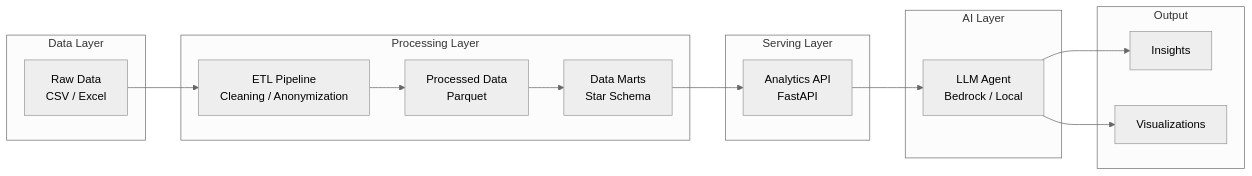
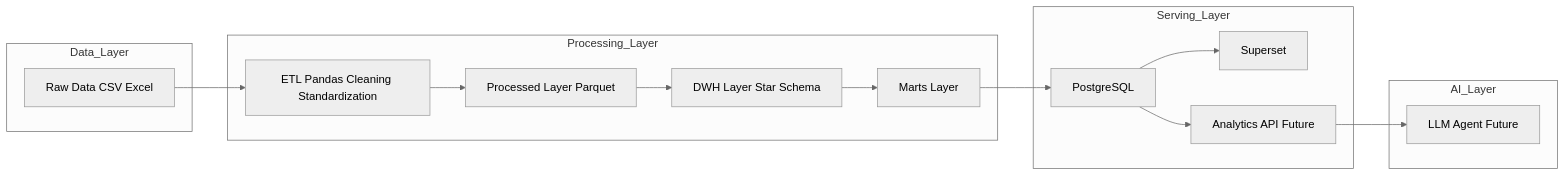
The first of 2 diagrams in README.md (vkniazeva/ai-analytics-agent), drawn with Mermaid (neutral theme) before and after one commit. The commit also changed other lines of this file and 1 other file, not shown here.

````diff
--- a/README.md
+++ b/README.md
@@ -52,30 +48,27 @@
 ```mermaid
 flowchart LR
 
-    subgraph Data Layer
-        A[Raw Data\nCSV / Excel]
+    subgraph Data_Layer
+        A[Raw Data CSV Excel]
     end
 
-    subgraph Processing Layer
-        B[ETL Pipeline\nCleaning / Anonymization]
-        C[Processed Data\nParquet]
-        D[Data Marts\nStar Schema]
+    subgraph Processing_Layer
+        B[ETL Pandas Cleaning Standardization]
+        C[Processed Layer Parquet]
+        D[DWH Layer Star Schema]
+        E[Marts Layer]
     end
 
-    subgraph Serving Layer
-        E[Analytics API\nFastAPI]
+    subgraph Serving_Layer
+        F[PostgreSQL]
+        G[Superset]
+        H[Analytics API Future]
     end
 
-    subgraph AI Layer
-        F[LLM Agent\nBedrock / Local]
+    subgraph AI_Layer
+        I[LLM Agent Future]
     end
 
-    subgraph Output
-        G[Insights]
-        H[Visualizations]
-    end
-
-    A --> B --> C --> D --> E --> F
-    F --> G
-    F --> H
-```     
+    A --> B --> C --> D --> E --> F --> G
+    F --> H --> I
+```
````
